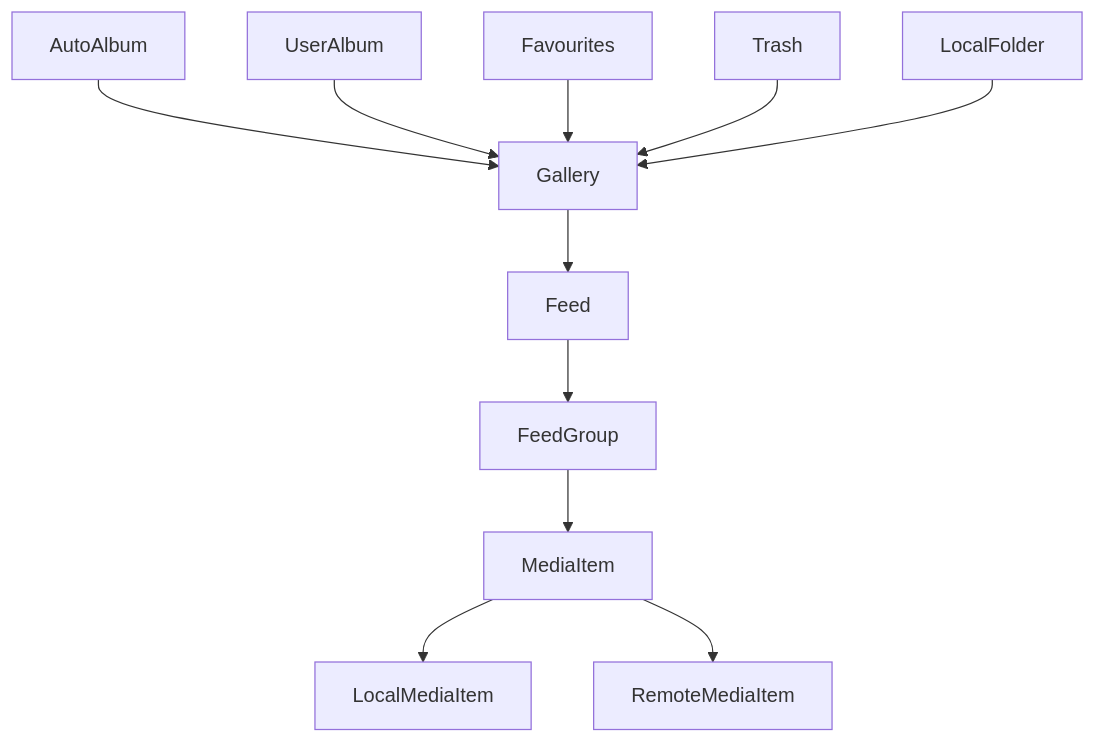
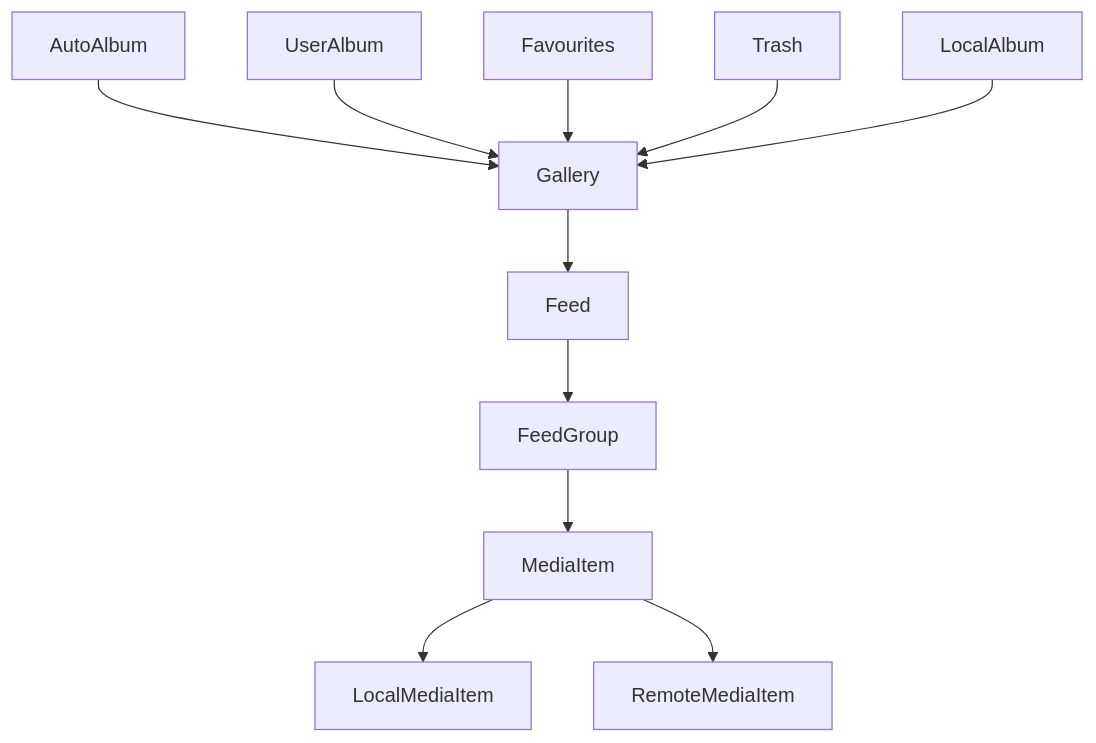
Before and after one commit to savvasdalkitsis/uhuruphotos-android: the diagram in domain-model.md, drawn with Mermaid. The commit also changed 41 other files, not shown here.

Commit message:
Local album module refactoring

````diff
--- a/domain-model.md
+++ b/domain-model.md
@@ -5,13 +5,13 @@
 ```mermaid
 graph TD;
     Gallery-->Feed;
     Feed-->FeedGroup;
     FeedGroup-->MediaItem;
     MediaItem-->LocalMediaItem;
     MediaItem-->RemoteMediaItem;
     AutoAlbum-->Gallery;
     UserAlbum-->Gallery;
     Favourites-->Gallery;
     Trash-->Gallery;
-    LocalFolder-->Gallery;
+    LocalAlbum-->Gallery;
 ```
````
